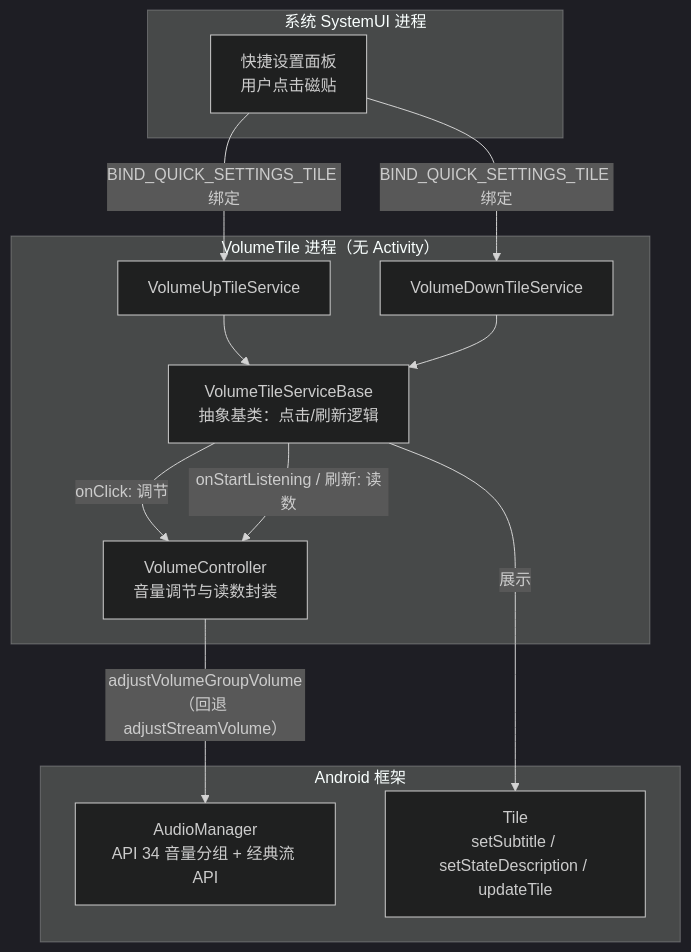
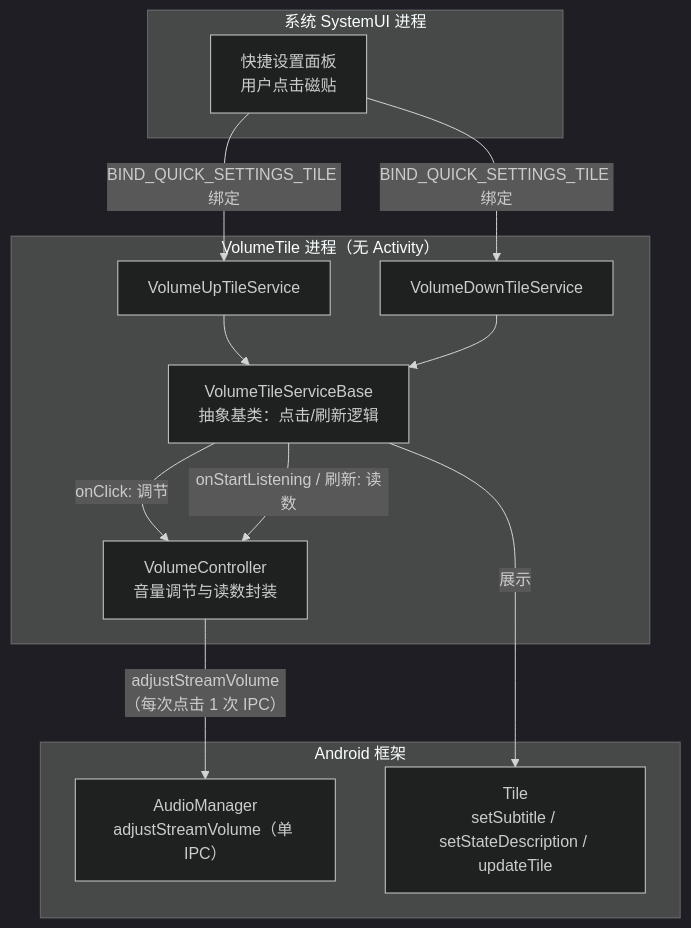
One commit to ExcuseLme/VolumeTile changed the first of 2 diagrams in docs/design.md. Above: the diagram before and after it, drawn with Mermaid (dark theme). The commit also changed other lines of this file and 6 other files, not shown here.

First line of the commit message:
perf(v1.2): single-IPC volume adjust, async tile write-back (R1/R2/R4)

````diff
--- a/docs/design.md
+++ b/docs/design.md
@@ -60,27 +60,27 @@
 ```mermaid
 graph TD
     subgraph SystemUI [系统 SystemUI 进程]
         QS[快捷设置面板<br/>用户点击磁贴]
     end
 
     subgraph VolumeTile [VolumeTile 进程（无 Activity）]
         T1[VolumeUpTileService]
         T2[VolumeDownTileService]
         B[VolumeTileServiceBase<br/>抽象基类：点击/刷新逻辑]
         C[VolumeController<br/>音量调节与读数封装]
     end
 
     subgraph Framework [Android 框架]
-        AM[AudioManager<br/>API 34 音量分组 + 经典流 API]
+        AM[AudioManager<br/>adjustStreamVolume（单 IPC）]
         TILE[Tile<br/>setSubtitle / setStateDescription / updateTile]
     end
 
     QS -- BIND_QUICK_SETTINGS_TILE 绑定 --> T1
     QS -- BIND_QUICK_SETTINGS_TILE 绑定 --> T2
     T1 --> B
     T2 --> B
     B -- onClick: 调节 --> C
     B -- onStartListening / 刷新: 读数 --> C
-    C -- adjustVolumeGroupVolume<br/>（回退 adjustStreamVolume） --> AM
+    C -- adjustStreamVolume<br/>（每次点击 1 次 IPC） --> AM
     B -- 展示 --> TILE
 ```
````
